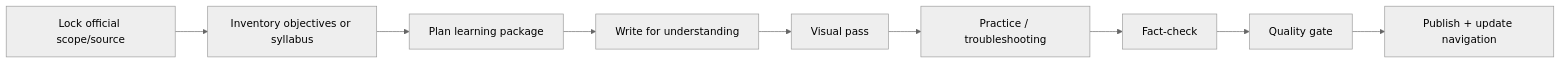
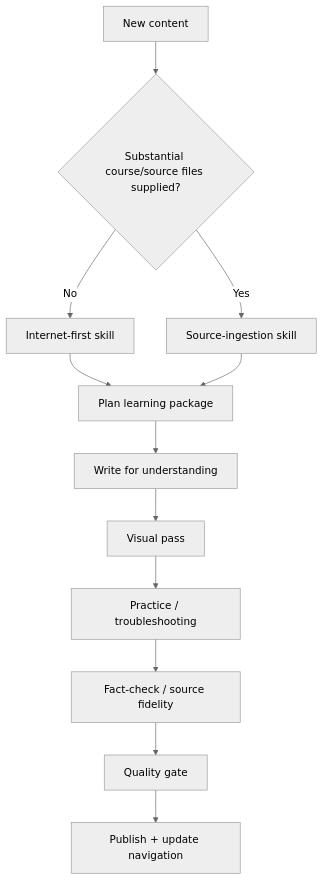
The diagram in README.md (somkid-s5/Personal-Knowledge-Base), drawn with Mermaid (neutral theme) before and after one commit. The commit also changed other lines of this file, not shown here.

````diff
--- a/README.md
+++ b/README.md
@@ -90,11 +101,14 @@
 ```mermaid
-flowchart LR
-    S[Lock official scope/source] --> I[Inventory objectives or syllabus]
+flowchart TD
+    N[New content] --> Q{Substantial course/source files supplied?}
+    Q -->|No| I[Internet-first skill]
+    Q -->|Yes| S[Source-ingestion skill]
     I --> P[Plan learning package]
+    S --> P
     P --> W[Write for understanding]
     W --> V[Visual pass]
     V --> X[Practice / troubleshooting]
-    X --> F[Fact-check]
-    F --> Q[Quality gate]
-    Q --> N[Publish + update navigation]
+    X --> F[Fact-check / source fidelity]
+    F --> QG[Quality gate]
+    QG --> PUB[Publish + update navigation]
 ```
````
